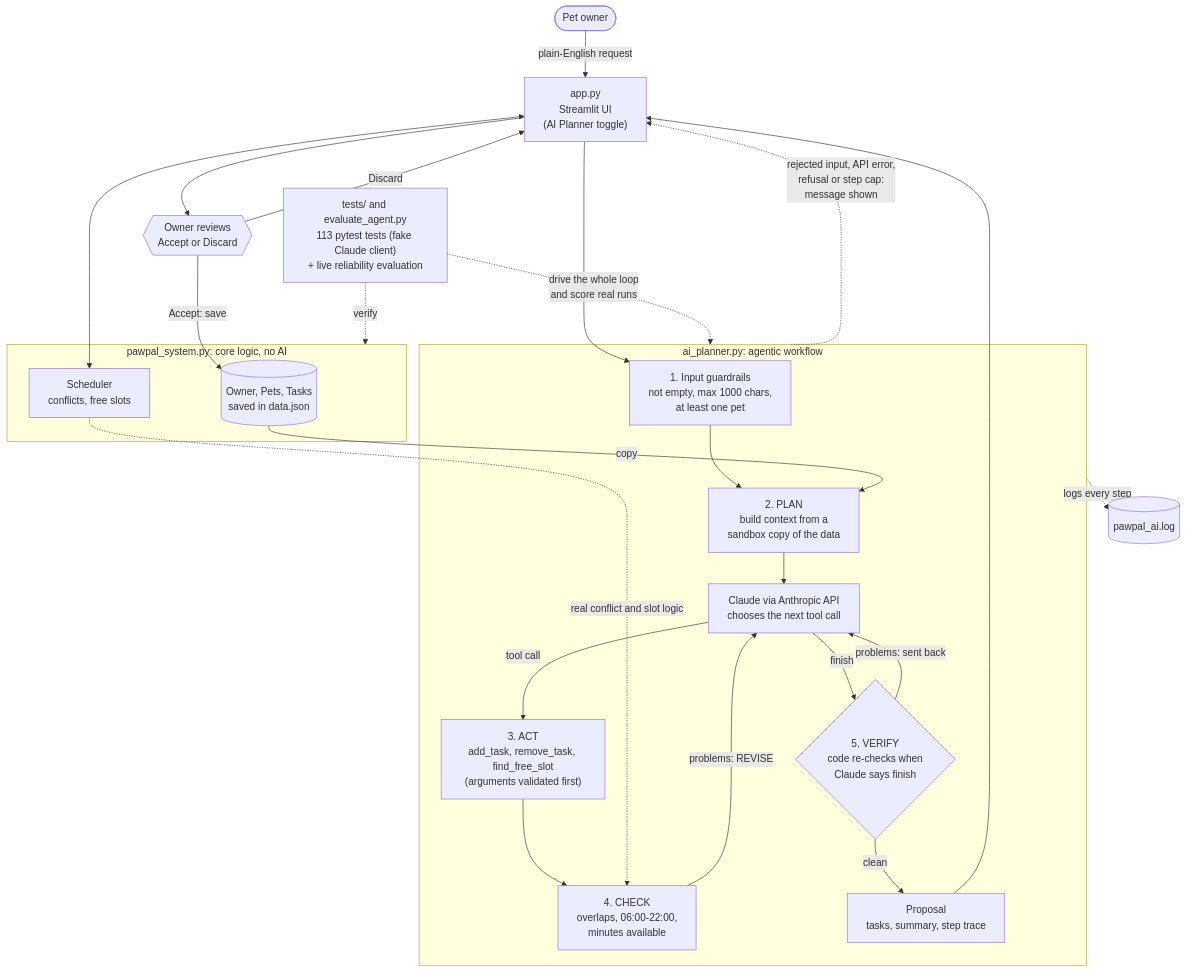
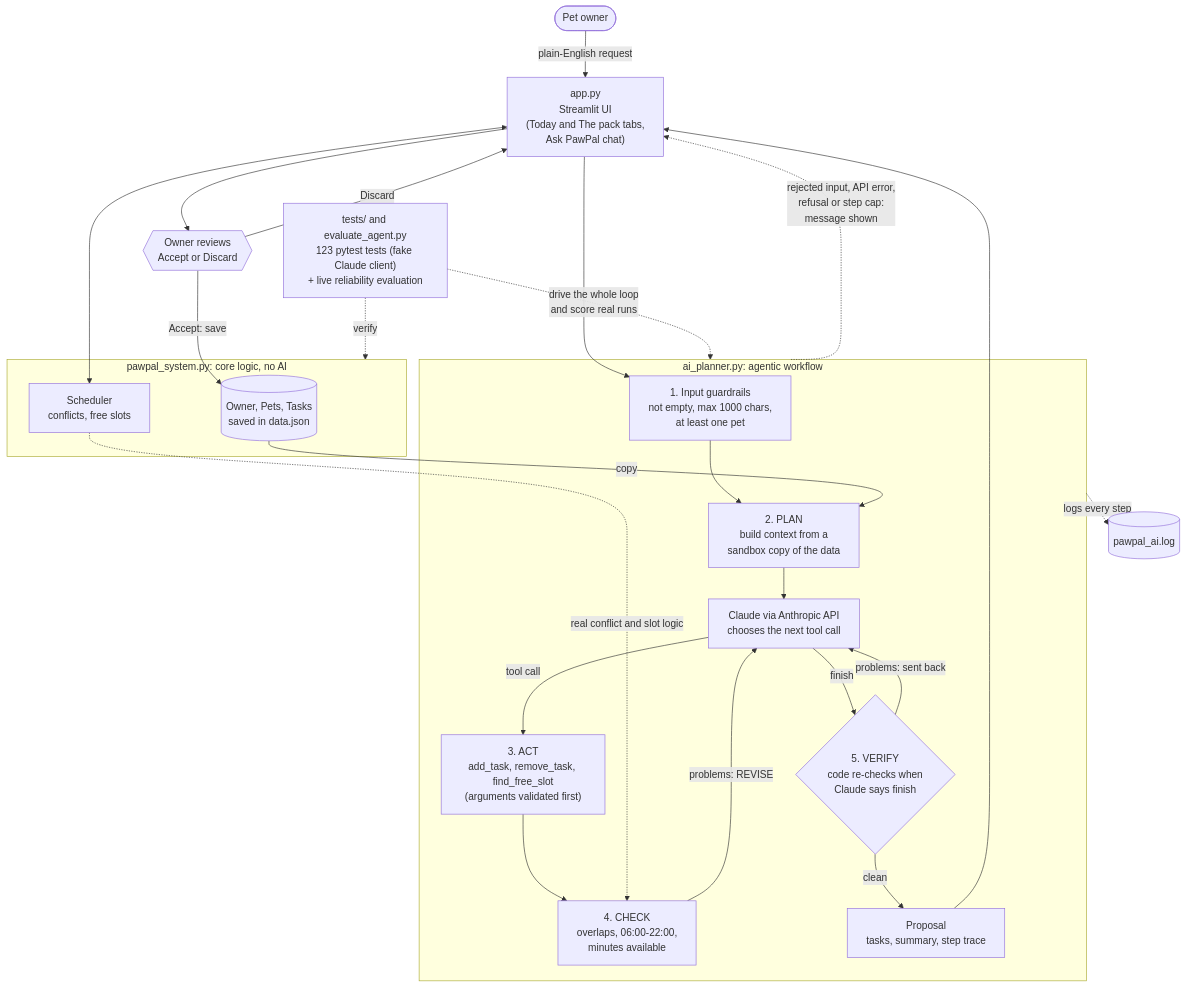
The diagram in README.md (bior-m16/applied-ai-system-project), drawn with Mermaid before and after one commit. The commit also changed other lines of this file and 4 other files, not shown here.

First line of the commit message:
feat(ui): Today / The pack tabs, pet cards, chat-style AI planner, walk-through panel

````diff
--- a/README.md
+++ b/README.md
@@ -17,55 +17,55 @@
 ```mermaid
 ﻿flowchart TD
     %% PawPal+ architecture with the AI planning agent.
     %% Solid arrows = data flow. Dotted arrows = checking, logging and testing.
     %% The hexagon is the human decision point.
 
     User([Pet owner])
-    App["app.py<br/>Streamlit UI<br/>(AI Planner toggle)"]
+    App["app.py<br/>Streamlit UI<br/>(Today and The pack tabs,<br/>Ask PawPal chat)"]
 
     subgraph Core["pawpal_system.py: core logic, no AI"]
         Owner[("Owner, Pets, Tasks<br/>saved in data.json")]
         Scheduler["Scheduler<br/>conflicts, free slots"]
     end
 
     subgraph Agent["ai_planner.py: agentic workflow"]
         Input["1. Input guardrails<br/>not empty, max 1000 chars,<br/>at least one pet"]
         Context["2. PLAN<br/>build context from a<br/>sandbox copy of the data"]
         Claude["Claude via Anthropic API<br/>chooses the next tool call"]
         Tools["3. ACT<br/>add_task, remove_task, find_free_slot<br/>(arguments validated first)"]
         Check["4. CHECK<br/>overlaps, 06:00-22:00,<br/>minutes available"]
         Verify{"5. VERIFY<br/>code re-checks when<br/>Claude says finish"}
         Proposal["Proposal<br/>tasks, summary, step trace"]
     end
 
     Human{{"Owner reviews<br/>Accept or Discard"}}
     Log[("pawpal_ai.log")]
-    Tests["tests/ and evaluate_agent.py<br/>113 pytest tests (fake Claude client)<br/>+ live reliability evaluation"]
+    Tests["tests/ and evaluate_agent.py<br/>123 pytest tests (fake Claude client)<br/>+ live reliability evaluation"]
 
     %% Input -> process -> output
     User -->|"plain-English request"| App
     App --> Input
     Input --> Context
     Owner -->|"copy"| Context
     Context --> Claude
     Claude -->|"tool call"| Tools
     Tools --> Check
     Check -->|"problems: REVISE"| Claude
     Claude -->|"finish"| Verify
     Verify -->|"problems: sent back"| Claude
     Verify -->|"clean"| Proposal
     Proposal --> App
     App --> Human
     Human -->|"Accept: save"| Owner
     Human -->|"Discard"| App
 
     %% Normal app use and error paths
     App <--> Scheduler
     Scheduler -.->|"real conflict and slot logic"| Check
     Agent -.->|"rejected input, API error,<br/>refusal or step cap:<br/>message shown"| App
 
     %% Logging and testing
     Agent -.->|"logs every step"| Log
     Tests -.->|"verify"| Core
     Tests -.->|"drive the whole loop<br/>and score real runs"| Agent
 ```
````
